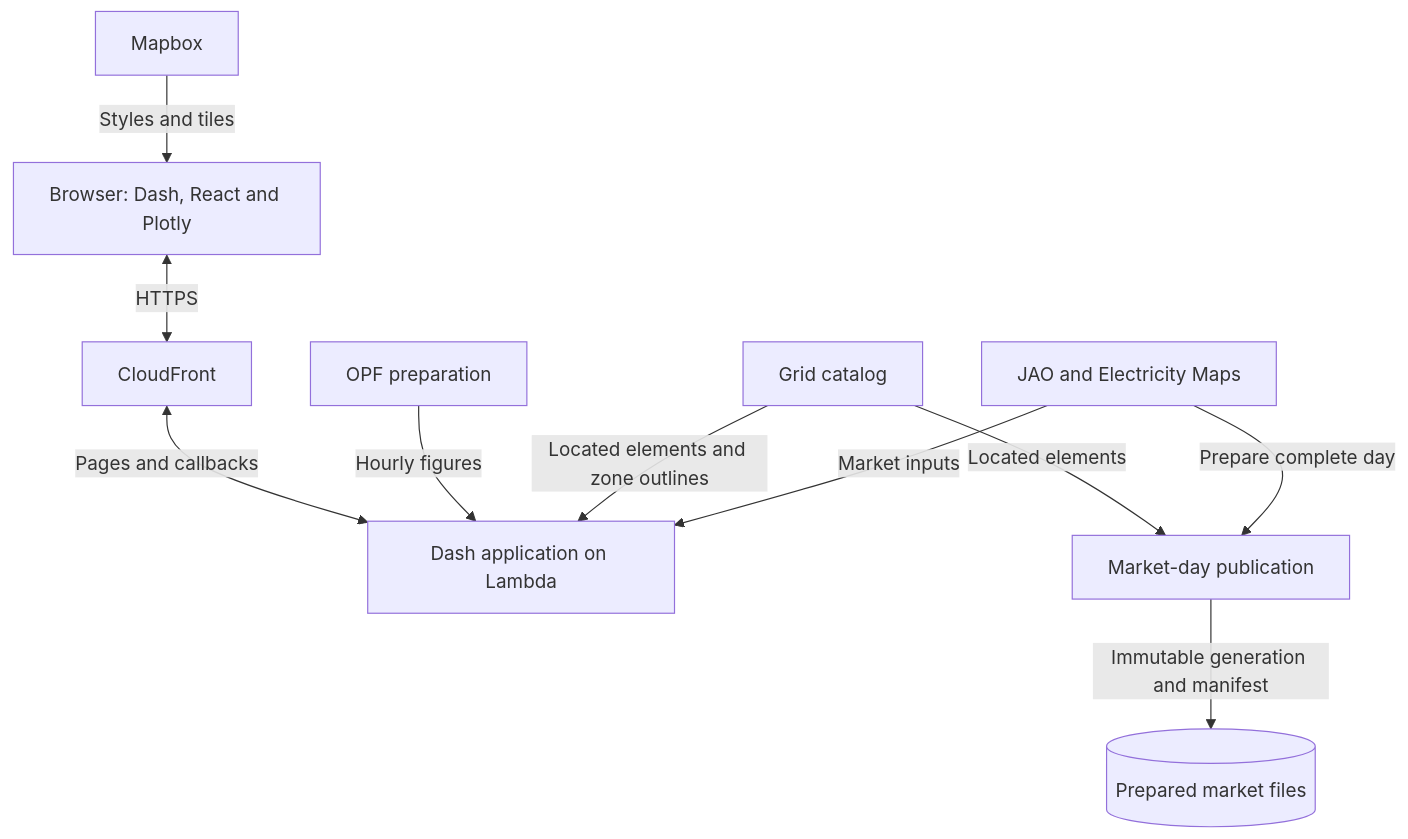
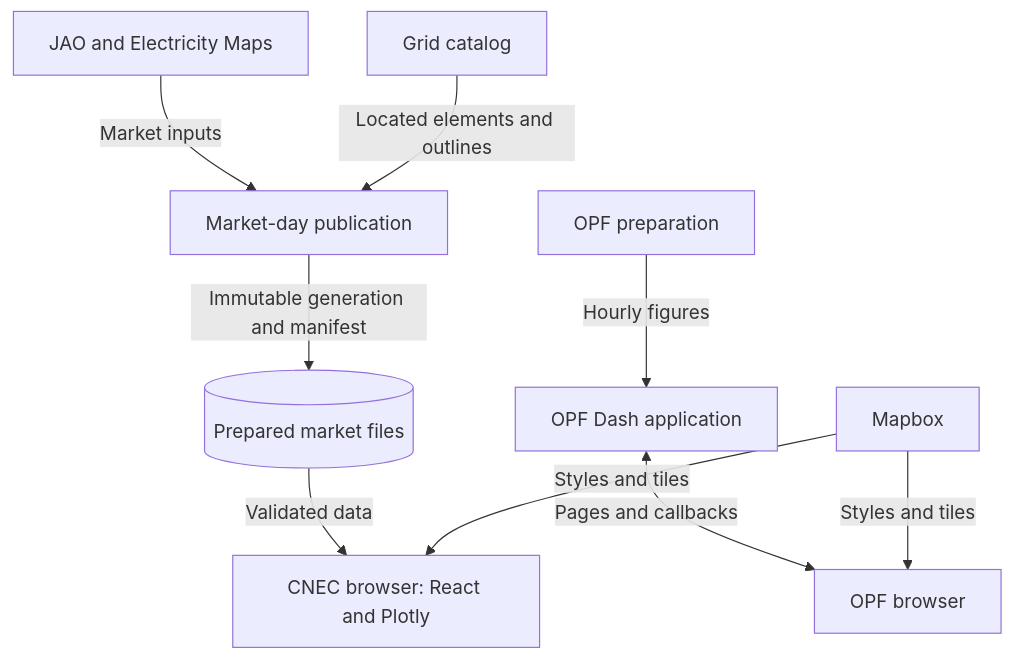
One commit to zoltanmaric/coppersushi changed the diagram in README.md. Above: the diagram before and after it, drawn with Mermaid. The commit also changed other lines of this file and 102 other files, not shown here.

````diff
--- a/README.md
+++ b/README.md
@@ -31,15 +31,15 @@
 ```mermaid
 flowchart TB
-    market["JAO and Electricity Maps"] -->|Market inputs| server["Dash application on Lambda"]
-    catalog["Grid catalog"] -->|Located elements and zone outlines| server
-    opf["OPF preparation"] -->|Hourly figures| server
-    edge["CloudFront"] <-->|Pages and callbacks| server
-    browser["Browser: Dash, React and Plotly"] <-->|HTTPS| edge
+    market["JAO and Electricity Maps"] -->|Market inputs| publication["Market-day publication"]
+    catalog["Grid catalog"] -->|Located elements and outlines| publication
+    publication -->|Immutable generation and manifest| prepared[("Prepared market files")]
+    prepared -->|Validated data| browser["CNEC browser: React and Plotly"]
+    opf["OPF preparation"] -->|Hourly figures| server["OPF Dash application"]
+    server <-->|Pages and callbacks| opfbrowser["OPF browser"]
     maps["Mapbox"] -->|Styles and tiles| browser
-    market -->|Prepare complete day| publication["Market-day publication"]
-    catalog -->|Located elements| publication
-    publication -->|Immutable generation and manifest| prepared[("Prepared market files")]
-    click publication "https://github.com/zoltanmaric/coppersushi/blob/main/coppersushi/publication/README.md" "Publication architecture"
-    click catalog "https://github.com/zoltanmaric/coppersushi/blob/main/coppersushi/grid_catalog/README.md" "Grid catalog architecture"
-    click opf "https://github.com/zoltanmaric/coppersushi/blob/main/coppersushi/opf/README.md" "OPF architecture"
+    maps -->|Styles and tiles| opfbrowser
+    click catalog "https://github.com/zoltanmaric/coppersushi/blob/main/coppersushi/grid_catalog/README.md" "Grid catalog"
+    click opf "https://github.com/zoltanmaric/coppersushi/blob/main/coppersushi/opf/README.md" "OPF"
+    click publication "https://github.com/zoltanmaric/coppersushi/blob/main/coppersushi/publication/README.md" "Publication"
+    click browser "https://github.com/zoltanmaric/coppersushi/blob/main/frontend/README.md" "CNEC browser"
 ```
````
